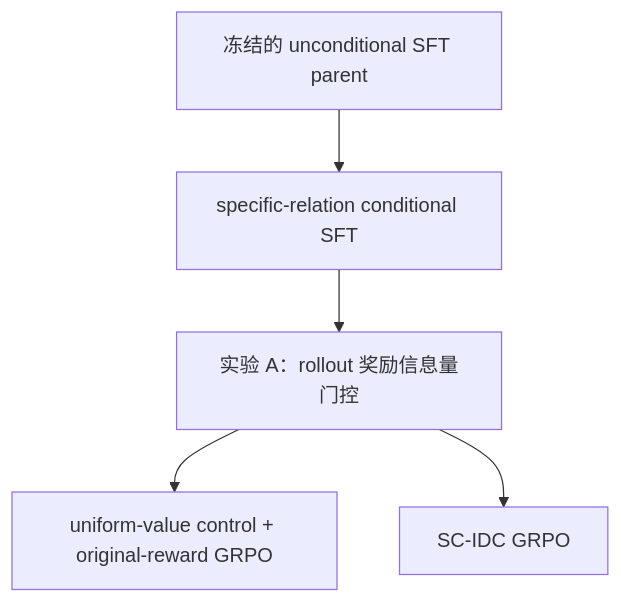
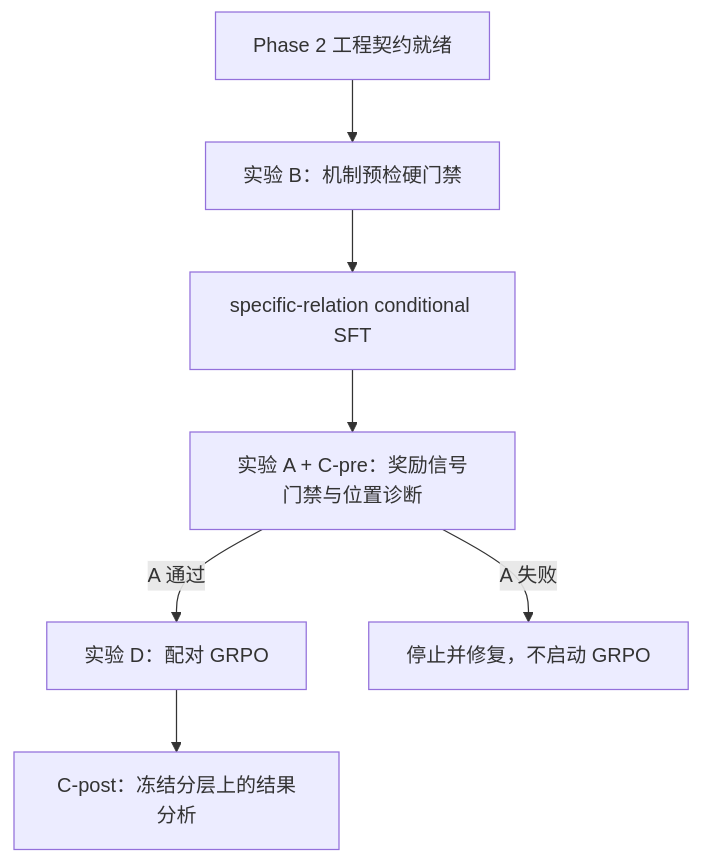
The diagram in worklogs/SC-IDC/innovate_proposal.md (bigbiginsect/CtrlHGen), drawn with Mermaid before and after one commit. The commit also changed other lines of this file and 1 other file, not shown here.

Commit message:
docs: clarify SC-IDC experiment gates

````diff
--- a/worklogs/SC-IDC/innovate_proposal.md
+++ b/worklogs/SC-IDC/innovate_proposal.md
@@ -387,7 +387,9 @@
 ```mermaid
 flowchart TD
-    U["冻结的 unconditional SFT parent"] --> S["specific-relation conditional SFT"]
-    S --> A["实验 A：rollout 奖励信息量门控"]
-    A --> B["uniform-value control + original-reward GRPO"]
-    A --> C["SC-IDC GRPO"]
+    E["Phase 2 工程契约就绪"] --> B["实验 B：机制预检硬门禁"]
+    B --> S["specific-relation conditional SFT"]
+    S --> AC["实验 A + C-pre：奖励信号门禁与位置诊断"]
+    AC -->|"A 通过"| D["实验 D：配对 GRPO"]
+    AC -->|"A 失败"| X["停止并修复，不启动 GRPO"]
+    D --> CP["C-post：冻结分层上的结果分析"]
 ```
````
